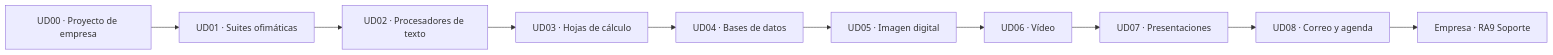
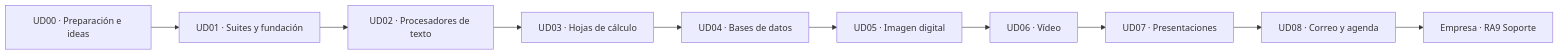
Before and after one commit to davidmolinafernadez/SMX_MEDIO_AOF: the diagram in .site-src/index.md, drawn with Mermaid. The commit also changed other lines of this file and 23 other files, not shown here.

Commit message:
docs: hacer lineal el proyecto de empresa desde PROY-1

````diff
--- a/.site-src/index.md
+++ b/.site-src/index.md
@@ -26,12 +26,12 @@
 ```mermaid
 flowchart LR
-  U0["UD00 · Proyecto de empresa"] --> U1["UD01 · Suites ofimáticas"]
+  U0["UD00 · Preparación e ideas"] --> U1["UD01 · Suites y fundación"]
   U1 --> U2["UD02 · Procesadores de texto"]
   U2 --> U3["UD03 · Hojas de cálculo"]
   U3 --> U4["UD04 · Bases de datos"]
   U4 --> U5["UD05 · Imagen digital"]
   U5 --> U6["UD06 · Vídeo"]
   U6 --> U7["UD07 · Presentaciones"]
   U7 --> U8["UD08 · Correo y agenda"]
   U8 --> U9["Empresa · RA9 Soporte"]
 ```
````
